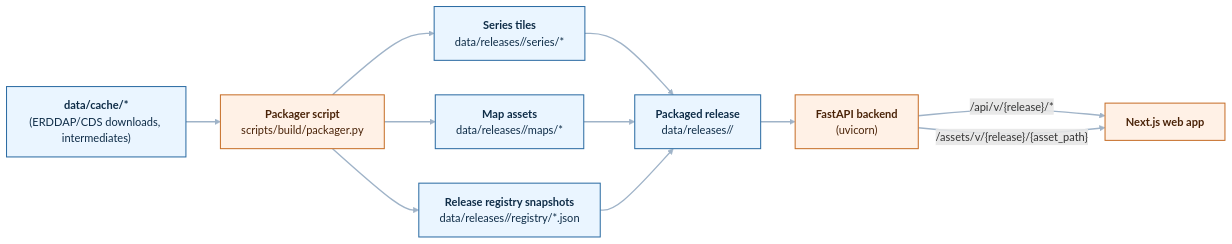
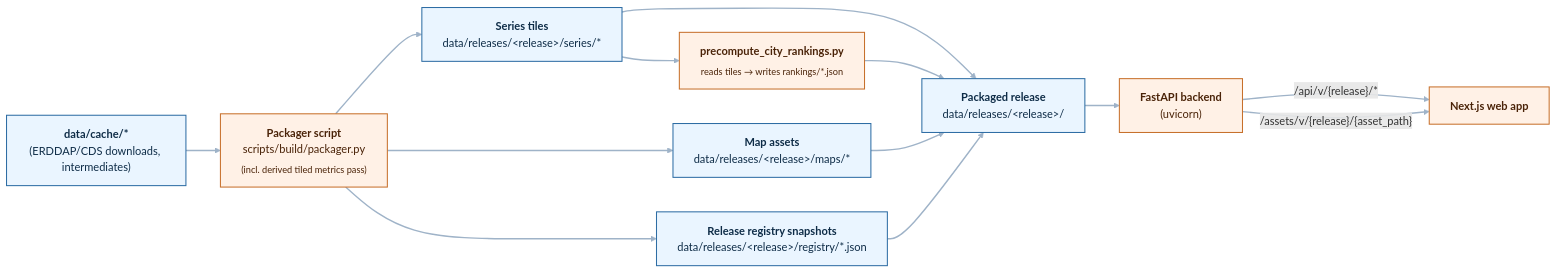
One commit to climate-you/climate changed the second of 4 diagrams in docs/project_pipeline_diagrams.md. Above: the diagram before and after it, drawn with Mermaid. The commit also changed other lines of this file and 14 other files, not shown here.

First line of the commit message:
Add precomputed city rankings and derived climate metrics for fast find_extreme_location queries

````diff
--- a/docs/project_pipeline_diagrams.md
+++ b/docs/project_pipeline_diagrams.md
@@ -45,32 +45,35 @@
 ```mermaid
 flowchart LR
   C["<b>data/cache/*</b><br/>(ERDDAP/CDS downloads, intermediates)"]
-  PKGS["<b>Packager script</b><br/>scripts/build/packager.py"]
-  T["<b>Series tiles</b><br/>data/releases/<release>/series/*"]
-  MAPS["<b>Map assets</b><br/>data/releases/<release>/maps/*"]
-  REG["<b>Release registry snapshots</b><br/>data/releases/<release>/registry/*.json"]
-  PKG["<b>Packaged release</b><br/>data/releases/<release>/"]
+  PKGS["<b>Packager script</b><br/>scripts/build/packager.py<br/><sub>(incl. derived tiled metrics pass)</sub>"]
+  T["<b>Series tiles</b><br/>data/releases/&lt;release&gt;/series/*"]
+  RANK["<b>precompute_city_rankings.py</b><br/><sub>reads tiles → writes rankings/*.json</sub>"]
+  MAPS["<b>Map assets</b><br/>data/releases/&lt;release&gt;/maps/*"]
+  REG["<b>Release registry snapshots</b><br/>data/releases/&lt;release&gt;/registry/*.json"]
+  PKG["<b>Packaged release</b><br/>data/releases/&lt;release&gt;/"]
   API["<b>FastAPI backend</b><br/>(uvicorn)"]
   WEB["<b>Next.js web app</b>"]
 
   C --> PKGS
   PKGS --> T
   PKGS --> MAPS
   PKGS --> REG
+  T --> RANK
 
   T --> PKG
+  RANK --> PKG
   MAPS --> PKG
   REG --> PKG
 
   PKG --> API
   API -->|"/api/v/{release}/*"| WEB
   API -->|"/assets/v/{release}/{asset_path}"| WEB
 
   classDef data fill:#EAF5FF,stroke:#2E6DA4,color:#0E2C47,stroke-width:1.5px;
   classDef app fill:#FFF1E6,stroke:#C7702B,color:#4A2308,stroke-width:1.5px;
 
   class C,T,MAPS,REG,PKG data;
-  class PKGS,API,WEB app;
+  class PKGS,RANK,API,WEB app;
 
   linkStyle default stroke:#9FB3C8,stroke-width:2px;
 ```
````
